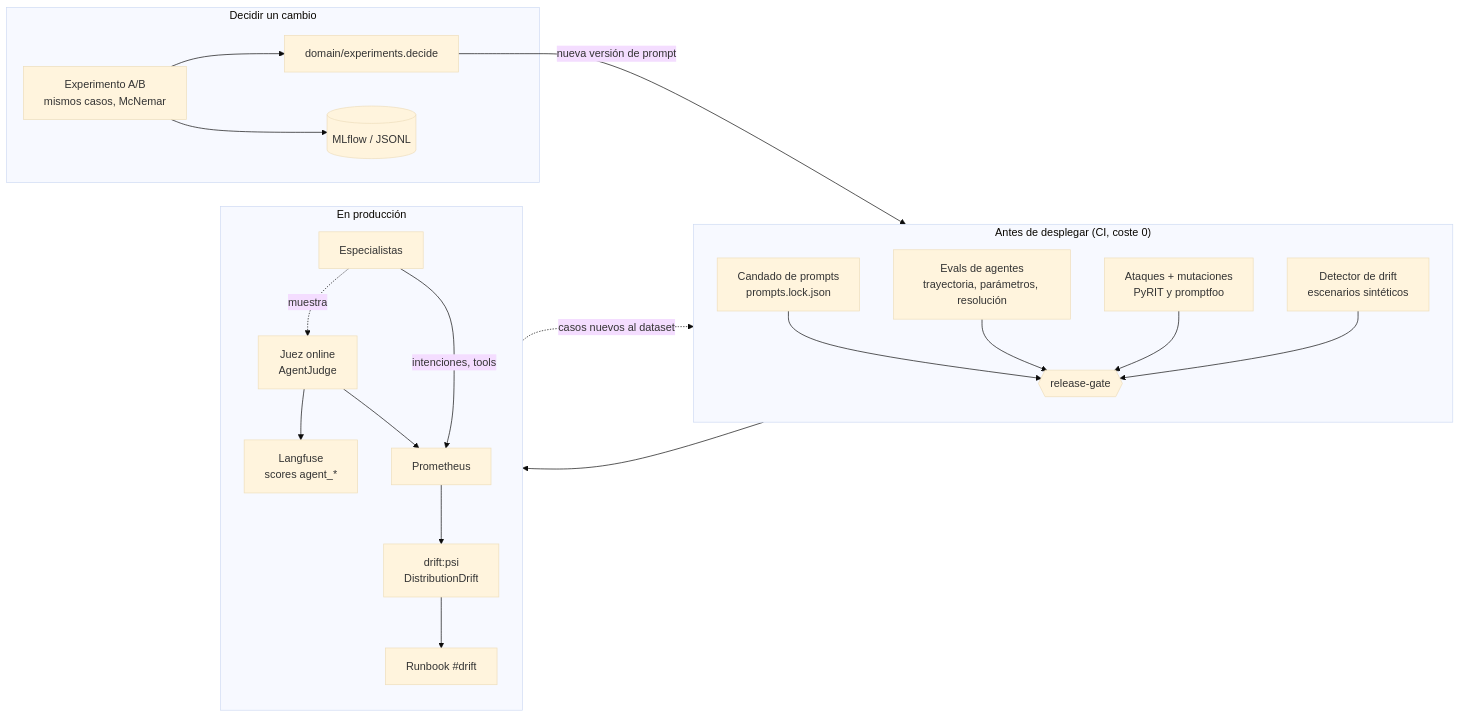
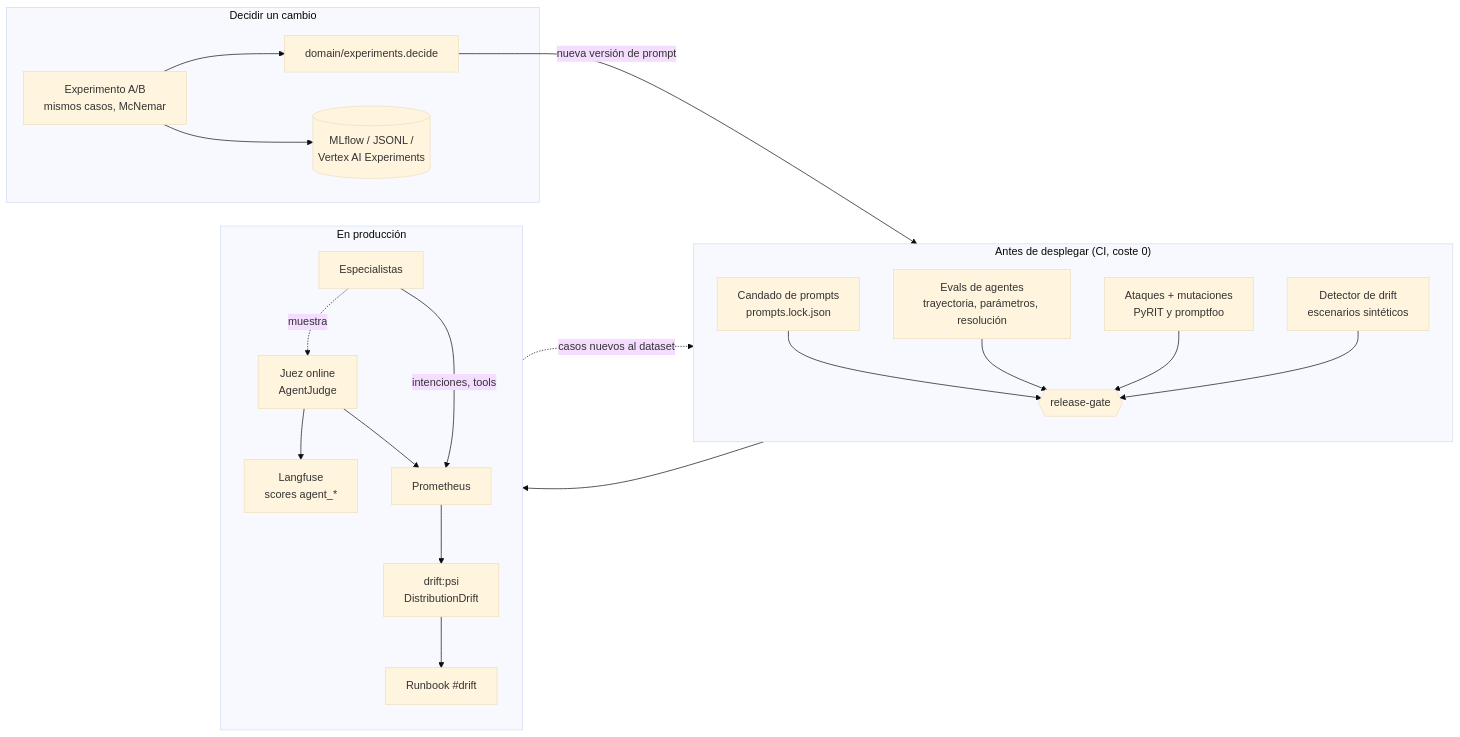
The diagram in docs/fase-12-evals-llmops.md (SergioVelmay/GenAI_PoCs), drawn with Mermaid (base theme) before and after one commit. The commit also changed other lines of this file and 4 other files, not shown here.

First line of the commit message:
feat: fase 12.G5 - experimentos en Vertex AI Experiments y doc de la fase 12 a tres nubes

````diff
--- a/docs/fase-12-evals-llmops.md
+++ b/docs/fase-12-evals-llmops.md
@@ -21,29 +21,29 @@
 ```mermaid
 flowchart LR
   subgraph PRE["Antes de desplegar (CI, coste 0)"]
     direction TB
     LOCK["Candado de prompts<br/>prompts.lock.json"]
     TRAJ["Evals de agentes<br/>trayectoria, parámetros, resolución"]
     ATK["Ataques + mutaciones<br/>PyRIT y promptfoo"]
     DET["Detector de drift<br/>escenarios sintéticos"]
     LOCK & TRAJ & ATK & DET --> GATE{{"release-gate"}}
   end
 
   subgraph EXP["Decidir un cambio"]
     AB["Experimento A/B<br/>mismos casos, McNemar"] --> DEC["domain/experiments.decide"]
-    AB --> TRK[("MLflow / JSONL")]
+    AB --> TRK[("MLflow / JSONL /<br/>Vertex AI Experiments")]
   end
 
   subgraph PROD["En producción"]
     direction TB
     AG["Especialistas"] -.->|"muestra"| JUDGE["Juez online<br/>AgentJudge"]
     JUDGE --> LF["Langfuse<br/>scores agent_*"]
     JUDGE --> PM["Prometheus"]
     AG -->|"intenciones, tools"| PM
     PM --> PSI["drift:psi<br/>DistributionDrift"] --> RB["Runbook #drift"]
   end
 
   GATE --> PROD
   DEC -->|"nueva versión de prompt"| LOCK
   PSI -.->|"casos nuevos al dataset"| TRAJ
 ```
````
